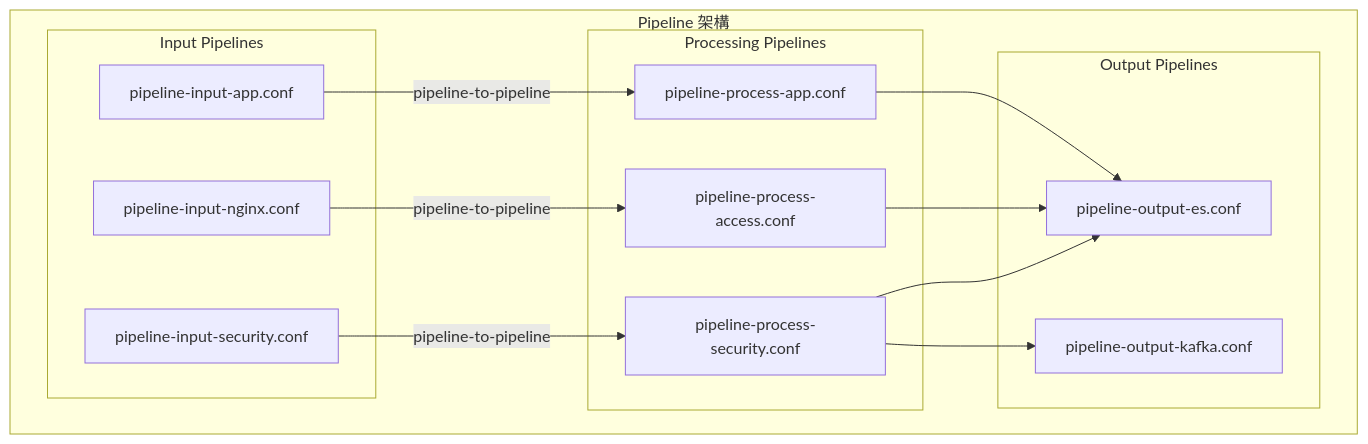
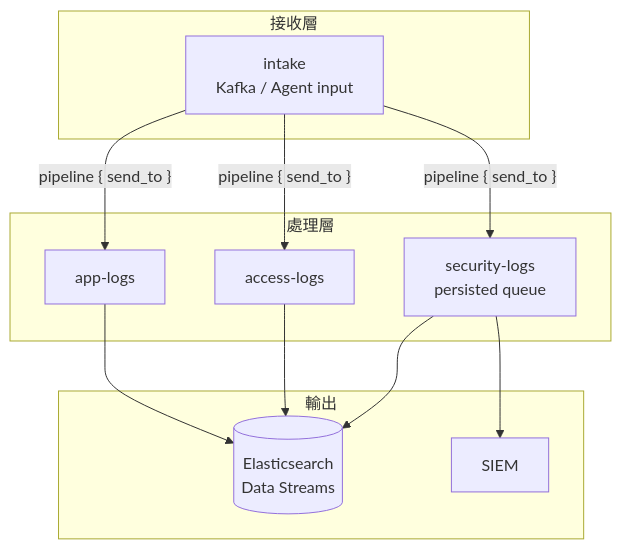
The eighth of 19 diagrams in content/posts/教學/工具/Logs Visualization教學手冊.md (chihhung/Blog), drawn with Mermaid before and after one commit. The commit also changed other lines of this file and 8 other files, not shown here.

````diff
--- a/content/posts/教學/工具/Logs Visualization教學手冊.md
+++ b/content/posts/教學/工具/Logs Visualization教學手冊.md
@@ -581,29 +913,25 @@
 ```mermaid
 graph TB
-    subgraph "Pipeline 架構"
-        subgraph "Input Pipelines"
-            IP1[pipeline-input-app.conf]
-            IP2[pipeline-input-nginx.conf]
-            IP3[pipeline-input-security.conf]
-        end
-        
-        subgraph "Processing Pipelines"
-            PP1[pipeline-process-app.conf]
-            PP2[pipeline-process-access.conf]
-            PP3[pipeline-process-security.conf]
-        end
-        
-        subgraph "Output Pipelines"
-            OP1[pipeline-output-es.conf]
-            OP2[pipeline-output-kafka.conf]
-        end
+    subgraph "接收層"
+        IN[intake<br/>Kafka / Agent input]
     end
-    
-    IP1 -->|pipeline-to-pipeline| PP1
-    IP2 -->|pipeline-to-pipeline| PP2
-    IP3 -->|pipeline-to-pipeline| PP3
-    PP1 --> OP1
-    PP2 --> OP1
-    PP3 --> OP1
-    PP3 --> OP2
+
+    subgraph "處理層"
+        PP1[app-logs]
+        PP2[access-logs]
+        PP3[security-logs<br/>persisted queue]
+    end
+
+    subgraph "輸出"
+        ES[(Elasticsearch<br/>Data Streams)]
+        SIEM[SIEM]
+    end
+
+    IN -->|"pipeline { send_to }"| PP1
+    IN -->|"pipeline { send_to }"| PP2
+    IN -->|"pipeline { send_to }"| PP3
+    PP1 --> ES
+    PP2 --> ES
+    PP3 --> ES
+    PP3 --> SIEM
 ```
````
